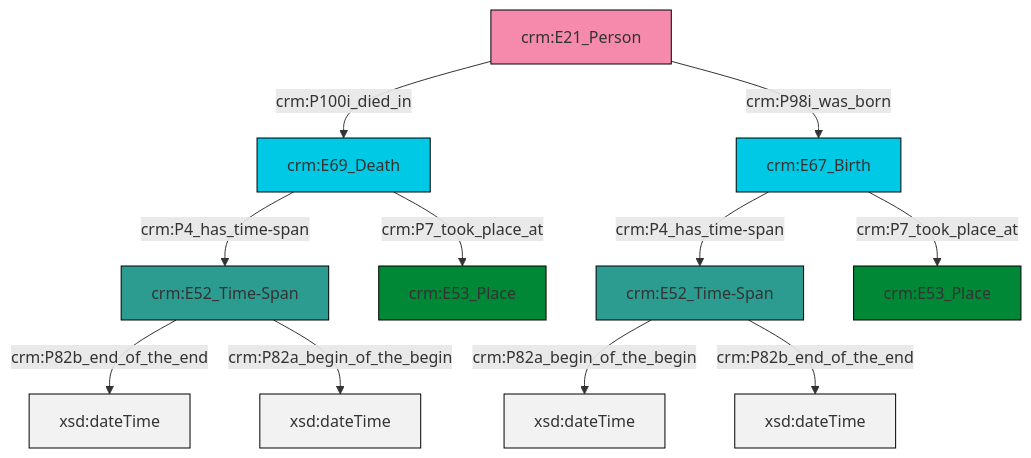
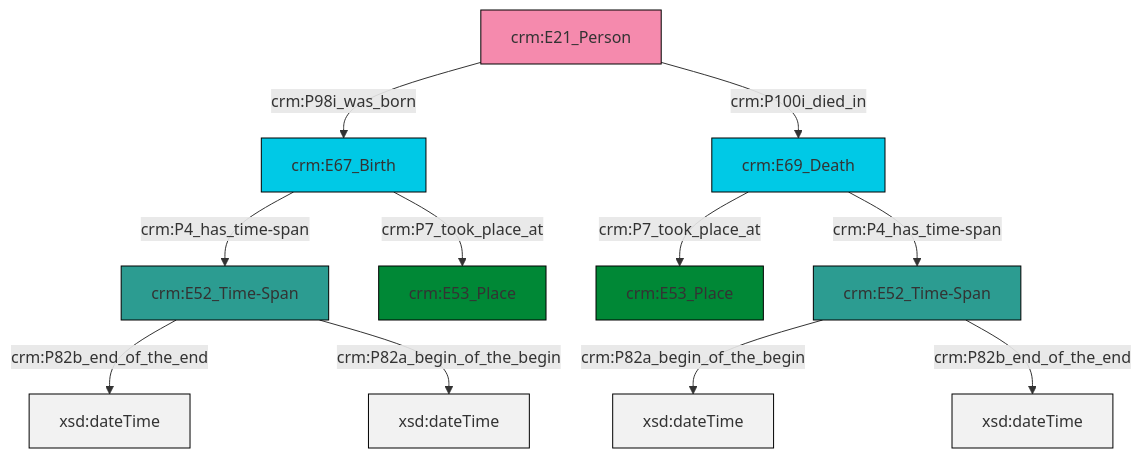
Before and after one commit to swiss-art-research-net/reference-data-models: the diagram in et/personCSV/ttl/mmd/Person_Existence.ttl.mmd, drawn with Mermaid. The commit also changed 125 other files, not shown here.

```diff
--- a/et/personCSV/ttl/mmd/Person_Existence.ttl.mmd
+++ b/et/personCSV/ttl/mmd/Person_Existence.ttl.mmd
@@ -1,25 +1,25 @@
 graph TD
 classDef Literal fill:#f2f2f2,stroke:#000000;
 classDef CRM_Entity fill:#FFFFFF,stroke:#000000;
 classDef Temporal_Entity fill:#00C9E6, stroke:#000000;
 classDef Type fill:#E18312, stroke:#000000;
 classDef Time-Span fill:#2C9C91, stroke:#000000;
 classDef Appellation fill:#FFEB7F, stroke:#000000;
 classDef Place fill:#008836, stroke:#000000;
 classDef Persistent_Item fill:#B266B2, stroke:#000000;
 classDef Conceptual_Object fill:#FFD700, stroke:#000000;
 classDef Physical_Thing fill:#D2B48C, stroke:#000000;
 classDef Actor fill:#f58aad, stroke:#000000;
 classDef PC_Classes fill:#4ce600, stroke:#000000;
 classDef Multi fill:#cccccc,stroke:#000000;
 
 2["crm:E52_Time-Span"]:::Time-Span -->|crm:P82b_end_of_the_end| 3[xsd:dateTime]:::Literal
-4["crm:E21_Person"]:::Actor -->|crm:P100i_died_in| 0["crm:E69_Death"]:::Temporal_Entity
-0["crm:E69_Death"]:::Temporal_Entity -->|crm:P4_has_time-span| 2["crm:E52_Time-Span"]:::Time-Span
-5["crm:E52_Time-Span"]:::Time-Span -->|crm:P82a_begin_of_the_begin| 6[xsd:dateTime]:::Literal
-0["crm:E69_Death"]:::Temporal_Entity -->|crm:P7_took_place_at| 8["crm:E53_Place"]:::Place
-12["crm:E67_Birth"]:::Temporal_Entity -->|crm:P4_has_time-span| 5["crm:E52_Time-Span"]:::Time-Span
-12["crm:E67_Birth"]:::Temporal_Entity -->|crm:P7_took_place_at| 10["crm:E53_Place"]:::Place
-5["crm:E52_Time-Span"]:::Time-Span -->|crm:P82b_end_of_the_end| 14[xsd:dateTime]:::Literal
-2["crm:E52_Time-Span"]:::Time-Span -->|crm:P82a_begin_of_the_begin| 16[xsd:dateTime]:::Literal
-4["crm:E21_Person"]:::Actor -->|crm:P98i_was_born| 12["crm:E67_Birth"]:::Temporal_Entity
+4["crm:E52_Time-Span"]:::Time-Span -->|crm:P82a_begin_of_the_begin| 5[xsd:dateTime]:::Literal
+2["crm:E52_Time-Span"]:::Time-Span -->|crm:P82a_begin_of_the_begin| 7[xsd:dateTime]:::Literal
+10["crm:E69_Death"]:::Temporal_Entity -->|crm:P7_took_place_at| 8["crm:E53_Place"]:::Place
+0["crm:E21_Person"]:::Actor -->|crm:P98i_was_born| 11["crm:E67_Birth"]:::Temporal_Entity
+4["crm:E52_Time-Span"]:::Time-Span -->|crm:P82b_end_of_the_end| 13[xsd:dateTime]:::Literal
+0["crm:E21_Person"]:::Actor -->|crm:P100i_died_in| 10["crm:E69_Death"]:::Temporal_Entity
+10["crm:E69_Death"]:::Temporal_Entity -->|crm:P4_has_time-span| 4["crm:E52_Time-Span"]:::Time-Span
+11["crm:E67_Birth"]:::Temporal_Entity -->|crm:P4_has_time-span| 2["crm:E52_Time-Span"]:::Time-Span
+11["crm:E67_Birth"]:::Temporal_Entity -->|crm:P7_took_place_at| 15["crm:E53_Place"]:::Place
```
